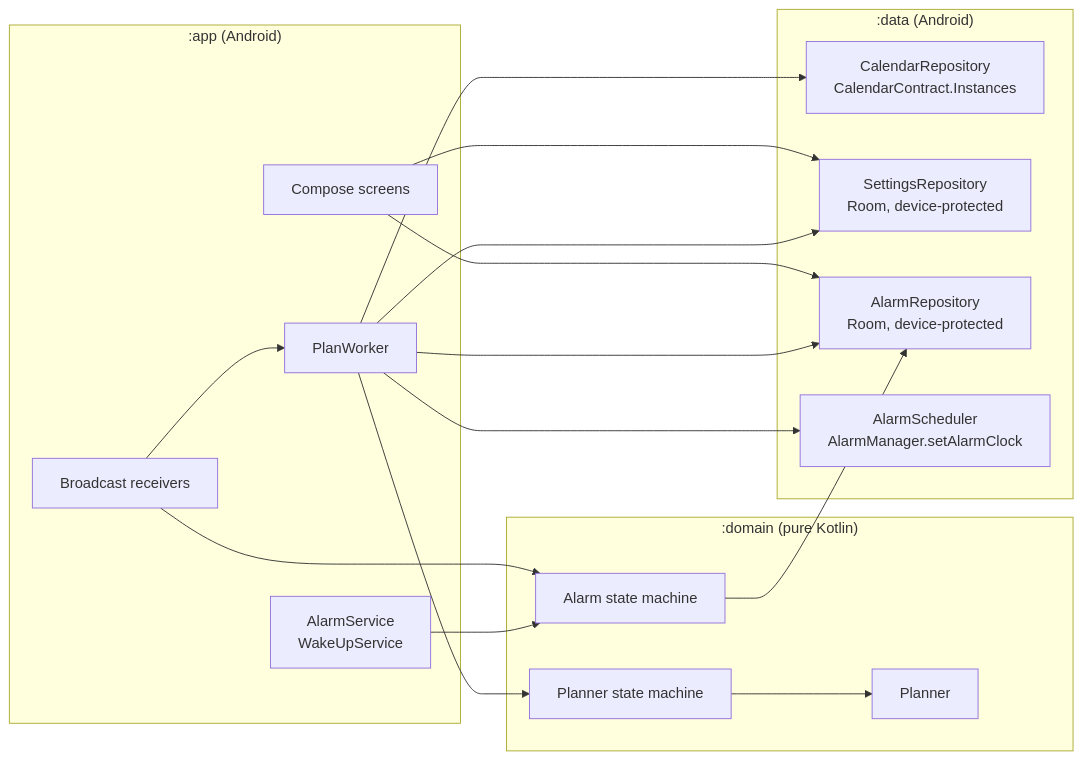
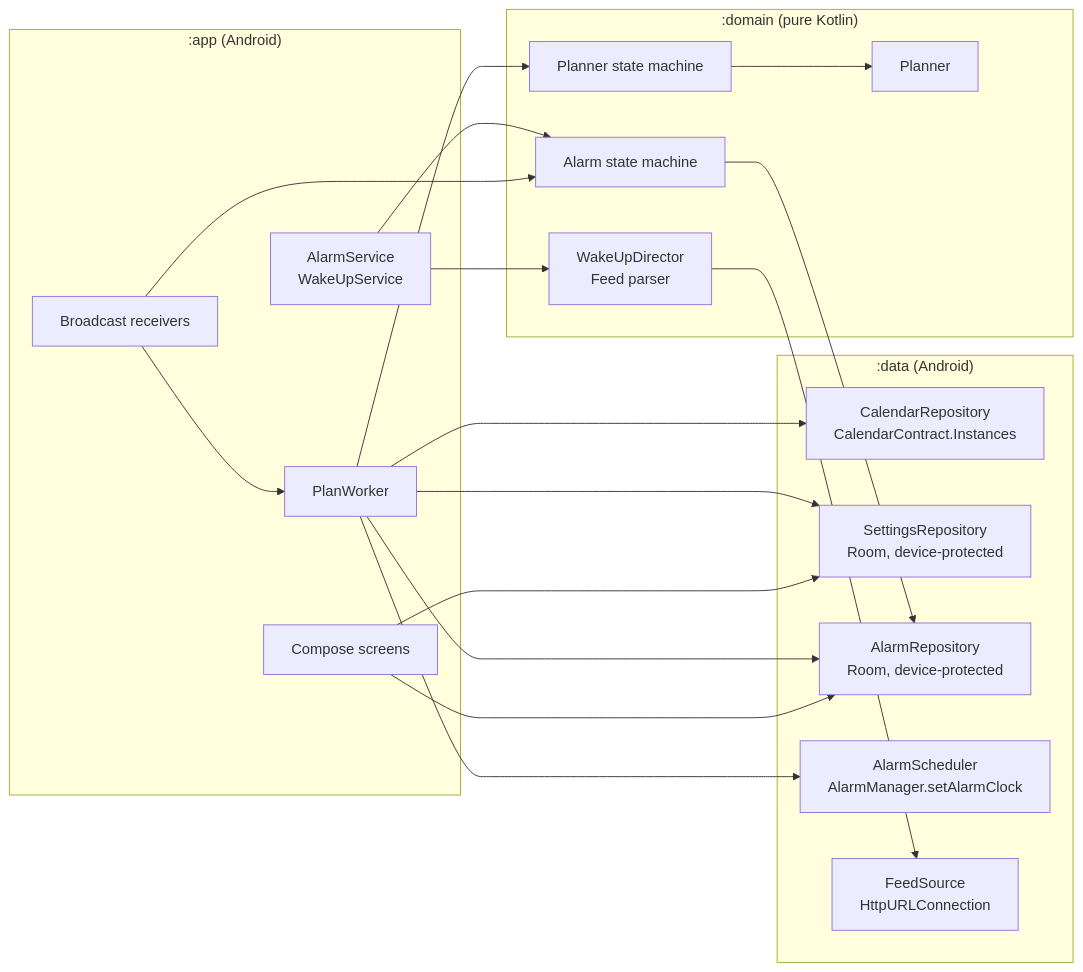
Before and after one commit to drehtuer/NextAlarmApp: the first of 4 diagrams in docs/architecture.md, drawn with Mermaid. The commit also changed other lines of this file and 46 other files, not shown here.

````diff
--- a/docs/architecture.md
+++ b/docs/architecture.md
@@ -43,32 +43,36 @@
 ```mermaid
 flowchart LR
     subgraph app[":app (Android)"]
         UI[Compose screens]
         RCV[Broadcast receivers]
         SVC[AlarmService<br/>WakeUpService]
         WRK[PlanWorker]
     end
     subgraph data[":data (Android)"]
         CAL[CalendarRepository<br/>CalendarContract.Instances]
         SET[SettingsRepository<br/>Room, device-protected]
         DB[AlarmRepository<br/>Room, device-protected]
         SCH[AlarmScheduler<br/>AlarmManager.setAlarmClock]
+        FEED[FeedSource<br/>HttpURLConnection]
     end
     subgraph domain[":domain (pure Kotlin)"]
         PL[Planner]
         PSM[Planner state machine]
         ASM[Alarm state machine]
+        WUD[WakeUpDirector<br/>Feed parser]
     end
     UI --> SET
     UI --> DB
     WRK --> PSM
     PSM --> PL
     WRK --> CAL
     WRK --> SET
     WRK --> DB
     WRK --> SCH
     RCV --> WRK
     RCV --> ASM
     SVC --> ASM
     ASM --> DB
+    SVC --> WUD
+    WUD --> FEED
 ```
````
